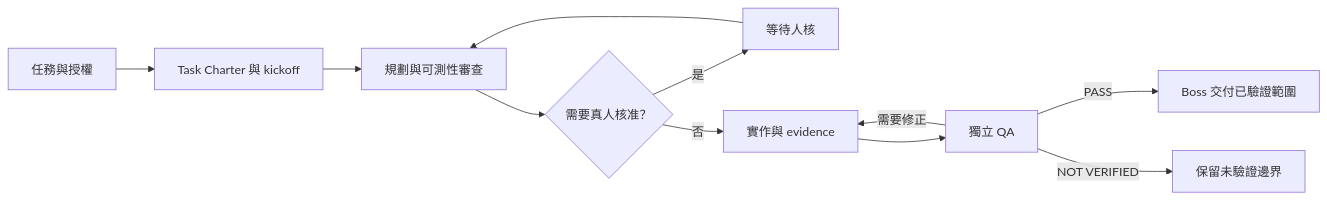
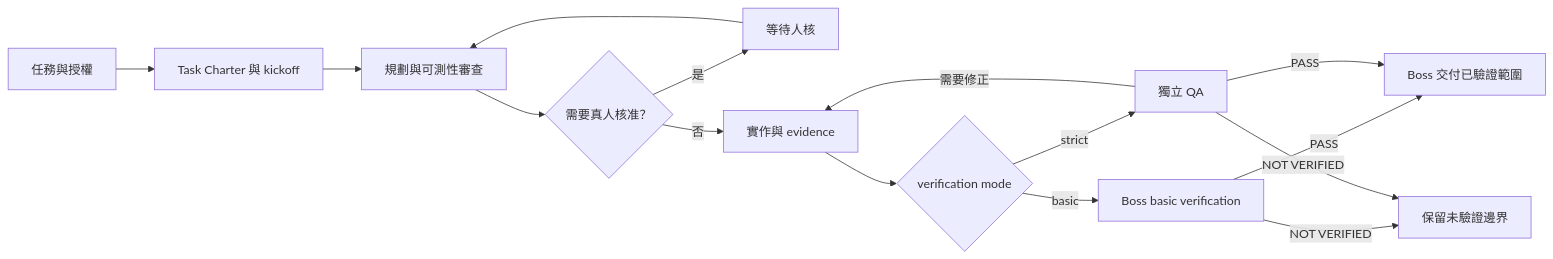
The diagram in README.md (Lzxpan/workers-group), drawn with Mermaid before and after one commit. The commit also changed other lines of this file and 21 other files, not shown here.

First line of the commit message:
將預設驗證改為 Boss basic 並保留 strict QA

````diff
--- a/README.md
+++ b/README.md
@@ -152,13 +152,17 @@
 ```mermaid
 flowchart LR
     A[任務與授權] --> B[Task Charter 與 kickoff]
     B --> C[規劃與可測性審查]
     C --> D{需要真人核准？}
     D -->|是| E[等待人核]
     E --> C
     D -->|否| F[實作與 evidence]
-    F --> G[獨立 QA]
-    G -->|PASS| H[Boss 交付已驗證範圍]
-    G -->|需要修正| F
-    G -->|NOT VERIFIED| I[保留未驗證邊界]
+    F --> G{verification mode}
+    G -->|basic| H[Boss basic verification]
+    G -->|strict| I[獨立 QA]
+    H -->|PASS| J[Boss 交付已驗證範圍]
+    I -->|PASS| J
+    I -->|需要修正| F
+    H -->|NOT VERIFIED| K[保留未驗證邊界]
+    I -->|NOT VERIFIED| K
 ```
````
